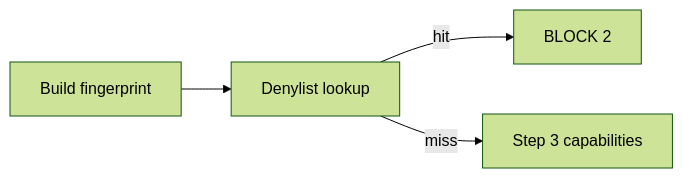
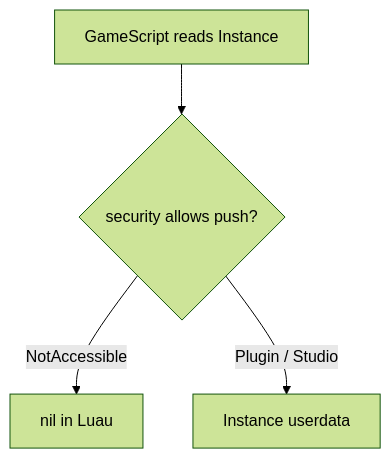
The second of 3 diagrams in RobloxLocked Analysis.md (IAmSeveralPeople/SylveLabs-Analysis), drawn with Mermaid (forest theme) before and after one commit. The commit also changed other lines of this file, not shown here.

````diff
--- a/RobloxLocked Analysis.md
+++ b/RobloxLocked Analysis.md
@@ -224,6 +56,7 @@
 ```mermaid
-flowchart LR
-    FP[Build fingerprint] --> LOOKUP[Denylist lookup]
-    LOOKUP -->|hit| B2[BLOCK 2]
-    LOOKUP -->|miss| NEXT[Step 3 capabilities]
+flowchart TD
+    A[GameScript reads Instance]
+    A --> B{security allows push?}
+    B -->|NotAccessible| C[nil in Luau]
+    B -->|Plugin / Studio| D[Instance userdata]
 ```
````
